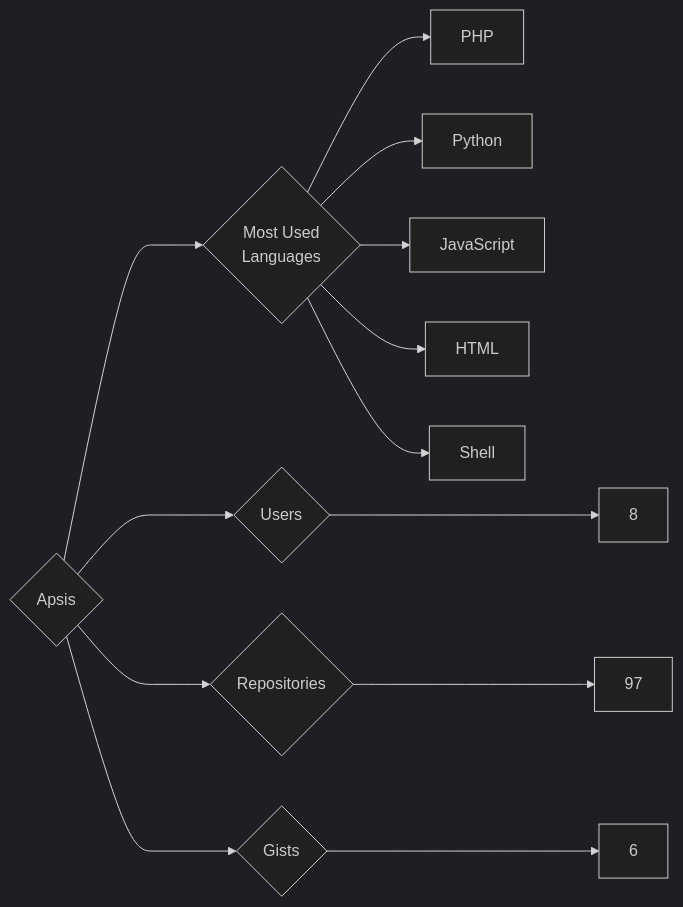
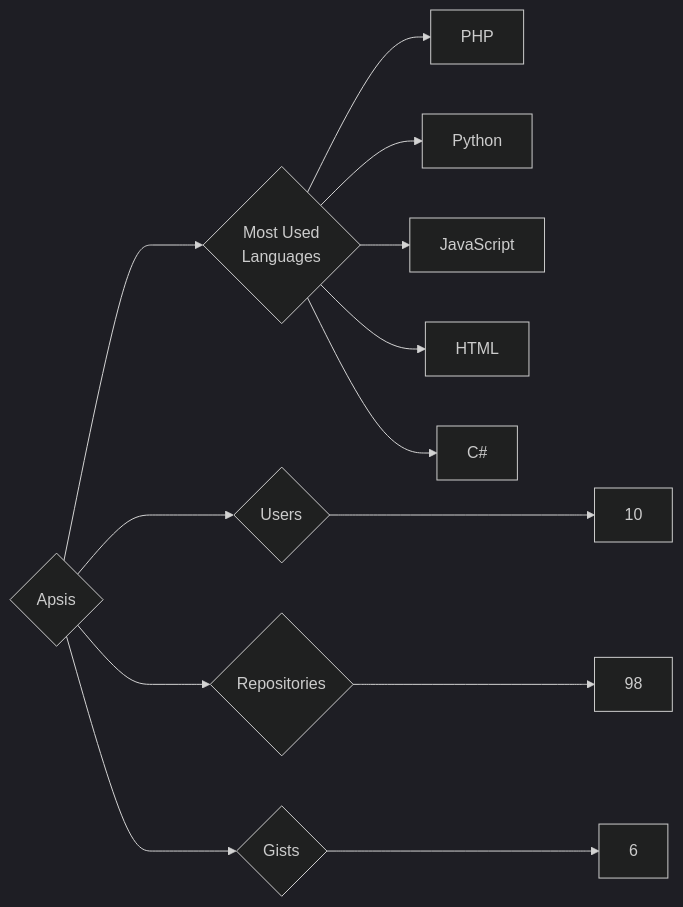
One commit to trickest/insiders changed the diagram in targets/Apsis/README.md. Above: the diagram before and after it, drawn with Mermaid (dark theme). The commit also changed 912 other files, not shown here.

````diff
--- a/targets/Apsis/README.md
+++ b/targets/Apsis/README.md
@@ -3,13 +3,13 @@
 ```mermaid
 graph LR
 COMPANY_NAME{Apsis}
-COMPANY_NAME ---> U{Users} ---> UN[8]
-COMPANY_NAME ---> R{Repositories} ---> RN[97]
+COMPANY_NAME ---> U{Users} ---> UN[10]
+COMPANY_NAME ---> R{Repositories} ---> RN[98]
 COMPANY_NAME ---> G{Gists} ---> GN[6]
 COMPANY_NAME ---> ML{Most Used<br>Languages}
 ML --> PHP[PHP]
 ML --> Python[Python]
 ML --> JavaScript[JavaScript]
 ML --> HTML[HTML]
-ML --> Shell[Shell]
+ML --> C#[C#]
 ```
````
